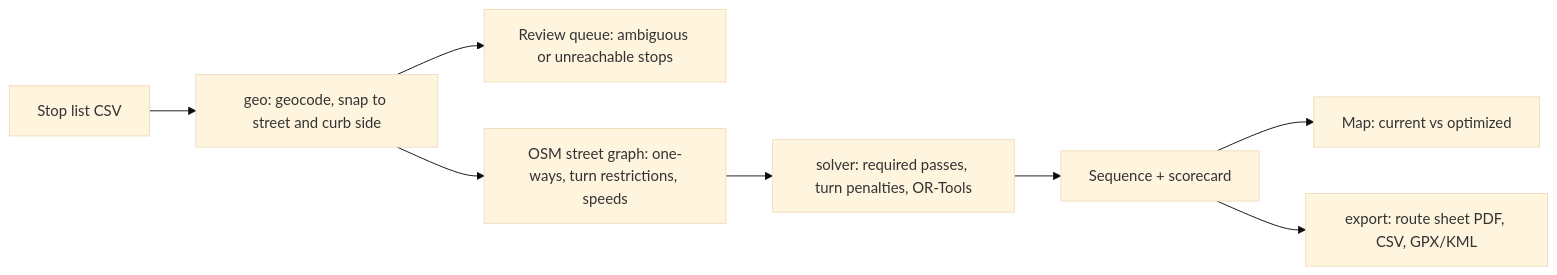
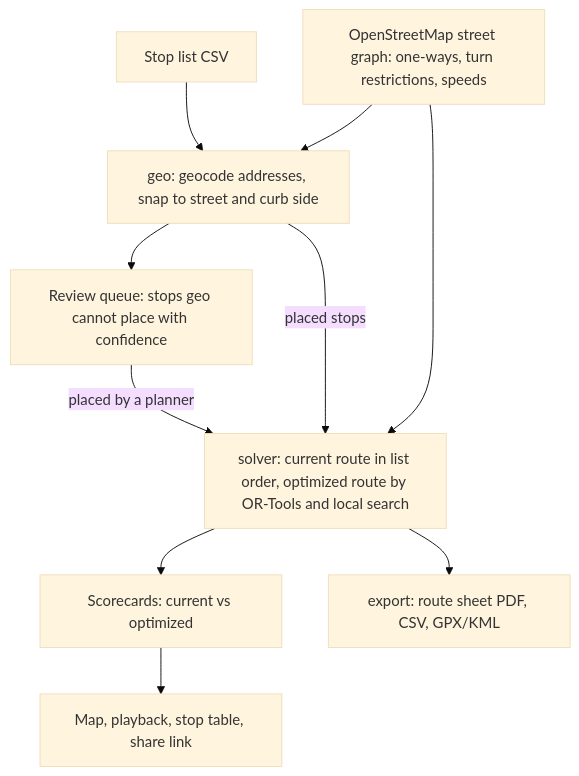
Before and after one commit to var-flotsam/routesmith: the diagram in README.md, drawn with Mermaid (base theme). The commit also changed other lines of this file and 1 other file, not shown here.

````diff
--- a/README.md
+++ b/README.md
@@ -46,10 +86,12 @@
 ```mermaid
-flowchart LR
-  A[Stop list CSV] --> B[geo: geocode, snap to street and curb side]
-  B --> C[Review queue: ambiguous or unreachable stops]
-  B --> D[OSM street graph: one-ways, turn restrictions, speeds]
-  D --> E[solver: required passes, turn penalties, OR-Tools]
-  E --> F[Sequence + scorecard]
-  F --> G[Map: current vs optimized]
-  F --> H[export: route sheet PDF, CSV, GPX/KML]
+flowchart TD
+  A[Stop list CSV] --> B[geo: geocode addresses, snap to street and curb side]
+  O[OpenStreetMap street graph: one-ways, turn restrictions, speeds] --> B
+  B --> C[Review queue: stops geo cannot place with confidence]
+  C -->|placed by a planner| E
+  B -->|placed stops| E[solver: current route in list order, optimized route by OR-Tools and local search]
+  O --> E
+  E --> F[Scorecards: current vs optimized]
+  F --> G[Map, playback, stop table, share link]
+  E --> H[export: route sheet PDF, CSV, GPX/KML]
 ```
````
